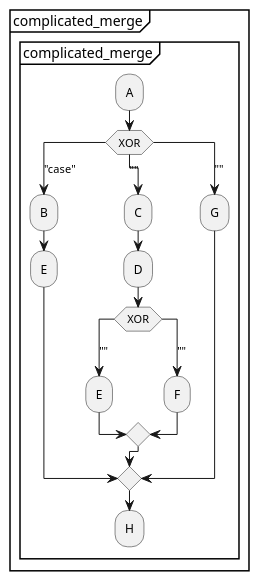
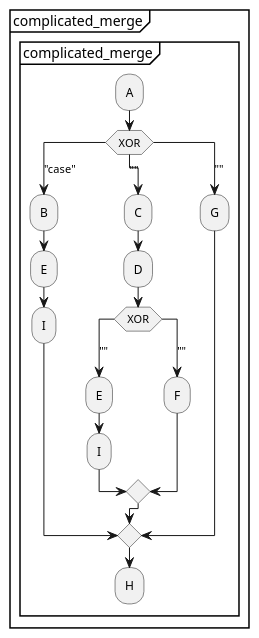
The diagram in puml_files/complicated_merge_with_same_event.puml (xtuml/otel2puml), drawn with PlantUML before and after one commit. The commit also changed 1 other file, not shown here.

```diff
--- a/puml_files/complicated_merge_with_same_event.puml
+++ b/puml_files/complicated_merge_with_same_event.puml
@@ -1,24 +1,26 @@
 @startuml
     partition "complicated_merge" {
         group "complicated_merge"
             :A;
             switch (XOR)
                 case ("case")
                     :B;
                     :E;
+                    :I;
                 case ("")
                     :C;
                     :D;
                     switch (XOR)
                         case ("")
                             :E;
+                            :I;
                         case ("")
                             :F;
                     endswitch
                 case ("")
                     :G;
             endswitch
             :H;
         end group
     }
 @enduml
```
